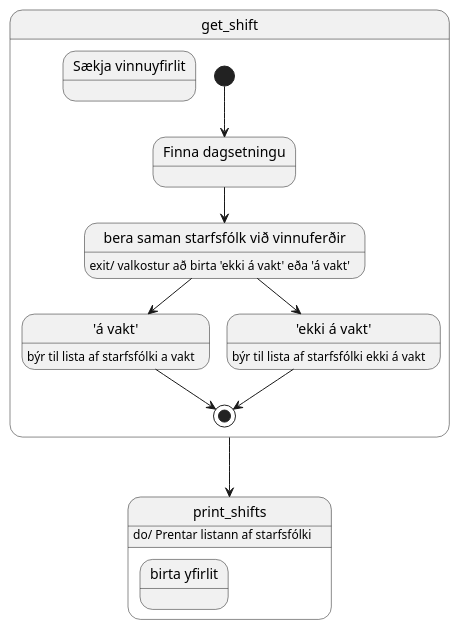
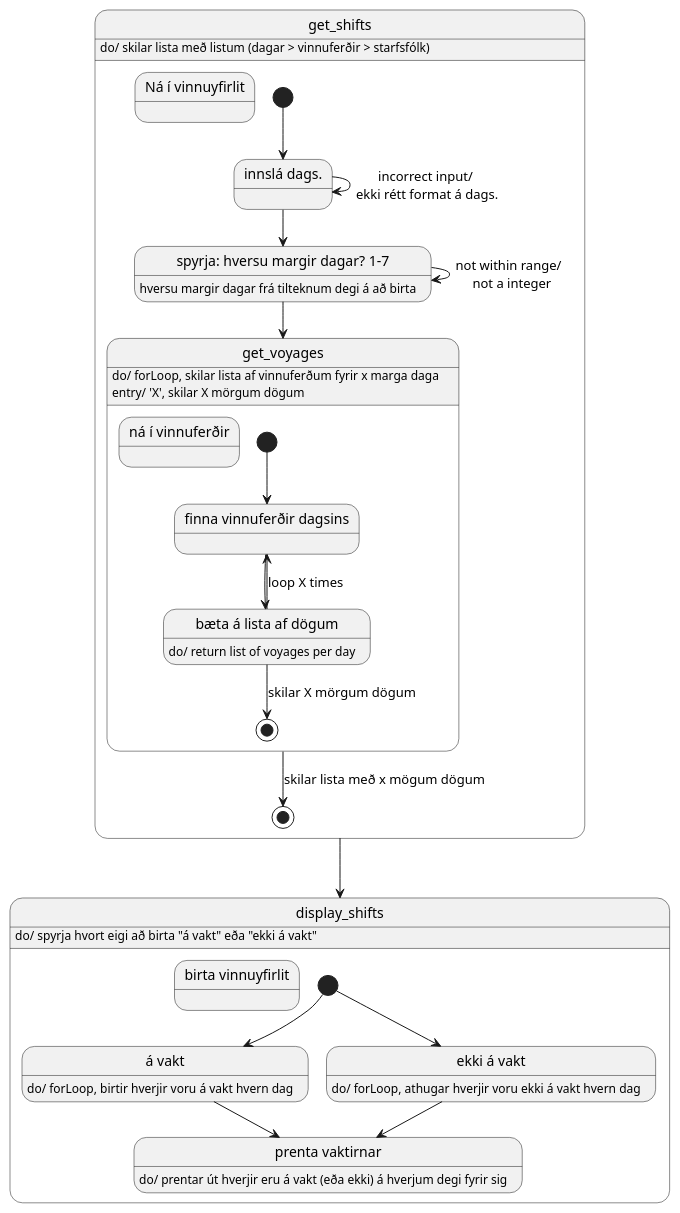
Before and after one commit to MyraMidnight/VLN1_h16: the diagram in diagrams/state/state_program/state_get_shift.puml, drawn with PlantUML.

Commit message:
finished the get_shift state diagram

```diff
--- a/diagrams/state/state_program/state_get_shift.puml
+++ b/diagrams/state/state_program/state_get_shift.puml
@@ -1,28 +1,51 @@
 @startuml 
   
-state get_shift {
-  state get_shift as "Sækja vinnuyfirlit"
-  state input_date as "Finna dagsetningu"
-  state staff_voyages as "bera saman starfsfólk við vinnuferðir"
-    staff_voyages : exit/ valkostur að birta 'ekki á vakt' eða 'á vakt'
-  state get_on_shift as "'á vakt'"
-    get_on_shift : býr til lista af starfsfólki a vakt
-  state get_off_shift as "'ekki á vakt'"
-    get_off_shift : býr til lista af starfsfólki ekki á vakt
+state get_shifts {
+  state get_shifts as "Ná í vinnuyfirlit"
+    get_shifts : do/ skilar lista með listum (dagar > vinnuferðir > starfsfólk)
+  
+  state input_date as "innslá dags."
+  state how_many_days as "spyrja: hversu margir dagar? 1-7"
+    how_many_days : hversu margir dagar frá tilteknum degi á að birta
+
+  state get_voyages {
+    state get_voyages as "ná í vinnuferðir"
+      get_voyages : do/ forLoop, skilar lista af vinnuferðum fyrir x marga daga
+      get_voyages : entry/ 'X', skilar X mörgum dögum
+    state fetch_voyages as "finna vinnuferðir dagsins"
+    state make_days_list as "bæta á lista af dögum"
+      make_days_list : do/ return list of voyages per day
+
+    [*] --> fetch_voyages
+    fetch_voyages --> make_days_list
+    make_days_list --> fetch_voyages : loop X times
+    make_days_list --> [*] : skilar X mörgum dögum
+  }
 
   [*] --> input_date
-  input_date --> staff_voyages
-  staff_voyages --> get_on_shift
-  staff_voyages --> get_off_shift
-  get_off_shift --> [*]
-  get_on_shift --> [*]
+  input_date --> input_date : incorrect input/ \nekki rétt format á dags.
+  input_date --> how_many_days
+  how_many_days --> get_voyages
+    how_many_days --> how_many_days : not within range/ \n not a integer
+  get_voyages --> [*] : skilar lista með x mögum dögum
 }
 
-state print_shifts {
-  state print_shifts as "birta yfirlit"
-    print_shifts : do/ Prentar listann af starfsfólki
+state display_shifts {
+  state display_shifts as "birta vinnuyfirlit"
+    display_shifts : do/ spyrja hvort eigi að birta "á vakt" eða "ekki á vakt"
+
+  state get_on_shift as "á vakt"
+    get_on_shift : do/ forLoop, birtir hverjir voru á vakt hvern dag
+  state get_off_shift as "ekki á vakt"
+    get_off_shift : do/ forLoop, athugar hverjir voru ekki á vakt hvern dag
+  state print_shifts as "prenta vaktirnar"
+    print_shifts : do/ prentar út hverjir eru á vakt (eða ekki) á hverjum degi fyrir sig
+
+  [*] --> get_on_shift
+  [*] --> get_off_shift
+  get_on_shift --> print_shifts
+  get_off_shift --> print_shifts
+
 }
-
-get_shift --> print_shifts
-
+get_shifts --> display_shifts
 @enduml
```
